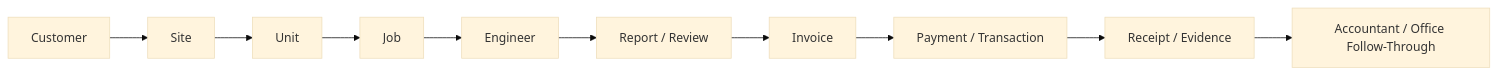
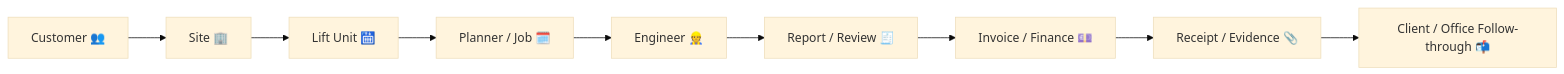
Before and after one commit to juniordurant/durant-os-progress: the diagram in README.md, drawn with Mermaid (base theme). The commit also changed other lines of this file and 3 other files, not shown here.

````diff
--- a/README.md
+++ b/README.md
@@ -77,12 +89,11 @@
 ```mermaid
 flowchart LR
-    A["Customer"] --> B["Site"]
-    B --> C["Unit"]
-    C --> D["Job"]
-    D --> E["Engineer"]
-    E --> F["Report / Review"]
-    F --> G["Invoice"]
-    G --> H["Payment / Transaction"]
-    H --> I["Receipt / Evidence"]
-    I --> J["Accountant / Office Follow-Through"]
+    A["Customer 👥"] --> B["Site 🏢"]
+    B --> C["Lift Unit 🛗"]
+    C --> D["Planner / Job 🗓️"]
+    D --> E["Engineer 👷"]
+    E --> F["Report / Review 🧾"]
+    F --> G["Invoice / Finance 💷"]
+    G --> H["Receipt / Evidence 📎"]
+    H --> I["Client / Office Follow-through 📬"]
 ```
````
